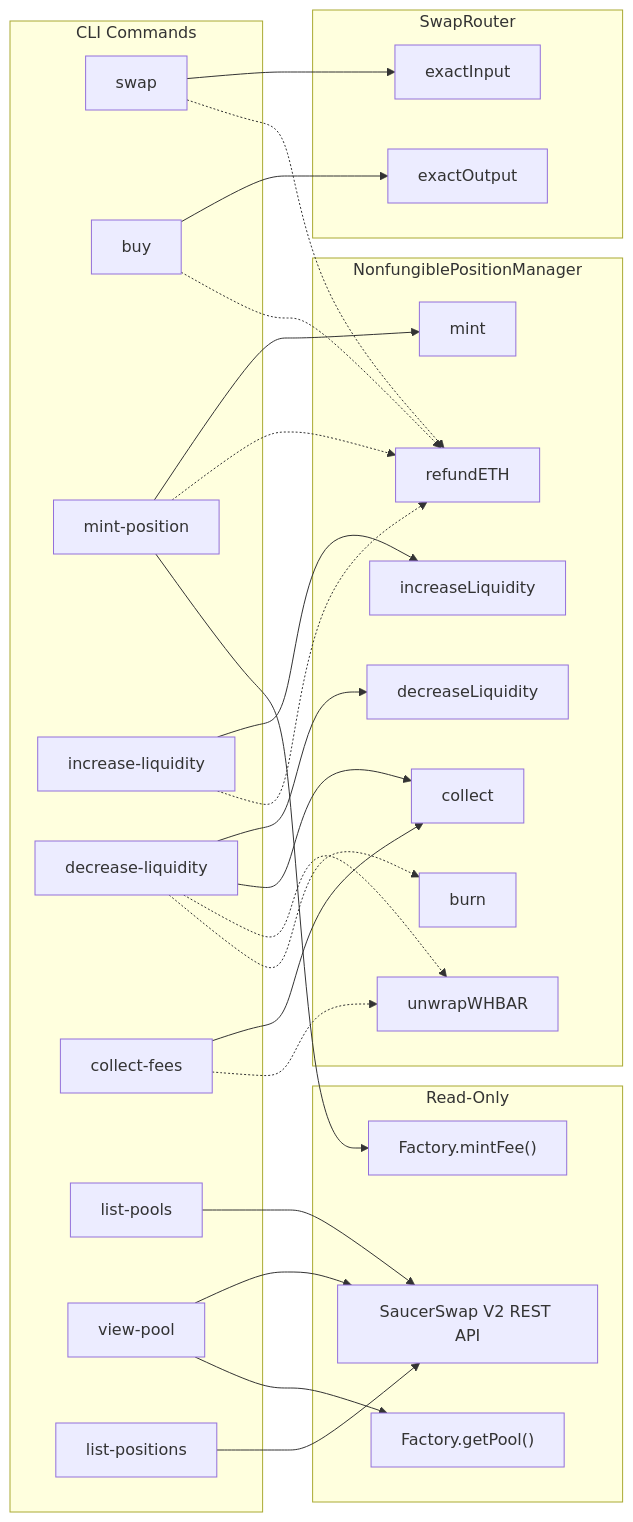
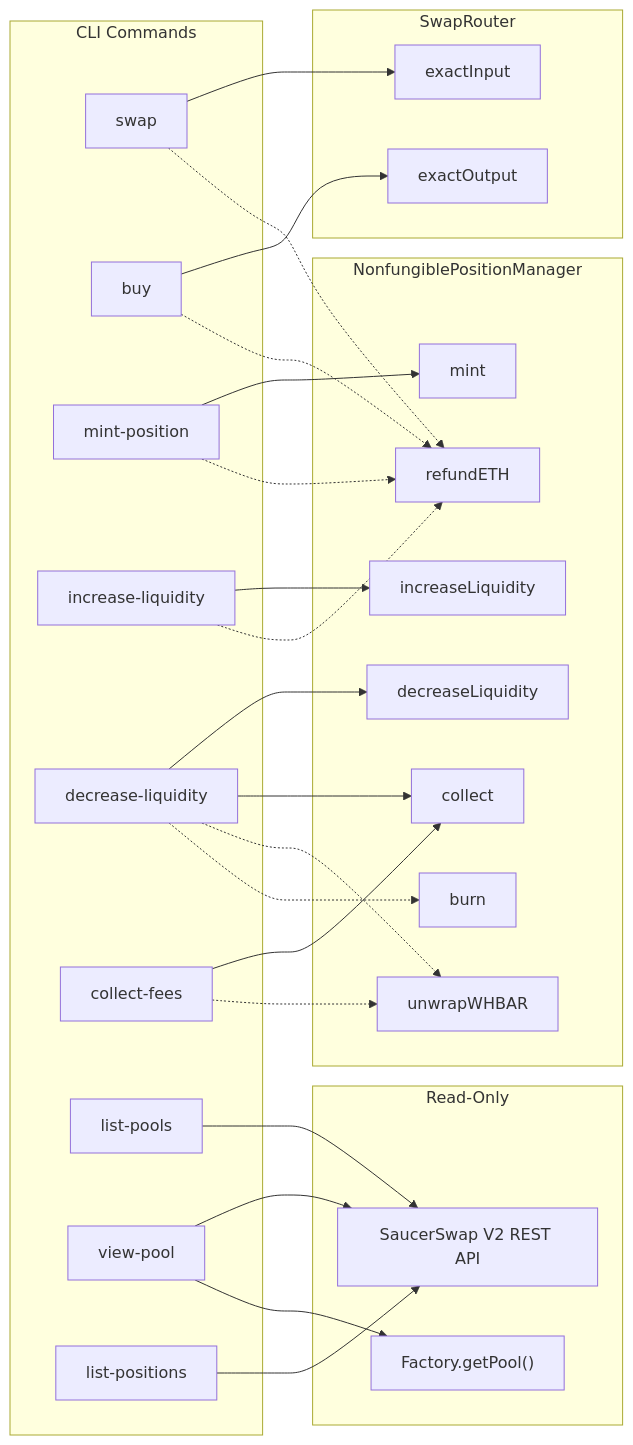
The third of 3 diagrams in docs/adr/ADR-014-saucerswap-v2-dex-plugin.md (hiero-ledger/hiero-cli), drawn with Mermaid before and after one commit. The commit also changed other lines of this file and 1 other file, not shown here.

````diff
--- a/docs/adr/ADR-014-saucerswap-v2-dex-plugin.md
+++ b/docs/adr/ADR-014-saucerswap-v2-dex-plugin.md
@@ -868,55 +862,53 @@
 ```mermaid
 flowchart LR
   subgraph cli [CLI Commands]
     SW[swap]
     BUY[buy]
     MINT[mint-position]
     INC[increase-liquidity]
     DEC[decrease-liquidity]
     COL[collect-fees]
     LP[list-pools]
     VP[view-pool]
     LPOS[list-positions]
   end
 
   subgraph router [SwapRouter]
     EI["exactInput"]
     EO["exactOutput"]
   end
 
   subgraph nftmgr [NonfungiblePositionManager]
     MNT["mint"]
     IL["increaseLiquidity"]
     DL["decreaseLiquidity"]
     COLL["collect"]
     BURN["burn"]
     UW["unwrapWHBAR"]
     RE["refundETH"]
   end
 
   subgraph readonly [Read-Only]
     API["SaucerSwap V2 REST API"]
     GP["Factory.getPool()"]
-    MF["Factory.mintFee()"]
   end
 
   SW --> EI
   SW -.-> RE
   BUY --> EO
   BUY -.-> RE
   MINT --> MNT
   MINT -.-> RE
   INC --> IL
   INC -.-> RE
   DEC --> DL
   DEC --> COLL
   DEC -.-> UW
   DEC -.-> BURN
   COL --> COLL
   COL -.-> UW
   LP --> API
   VP --> API
   VP --> GP
   LPOS --> API
-  MINT --> MF
 ```
````
